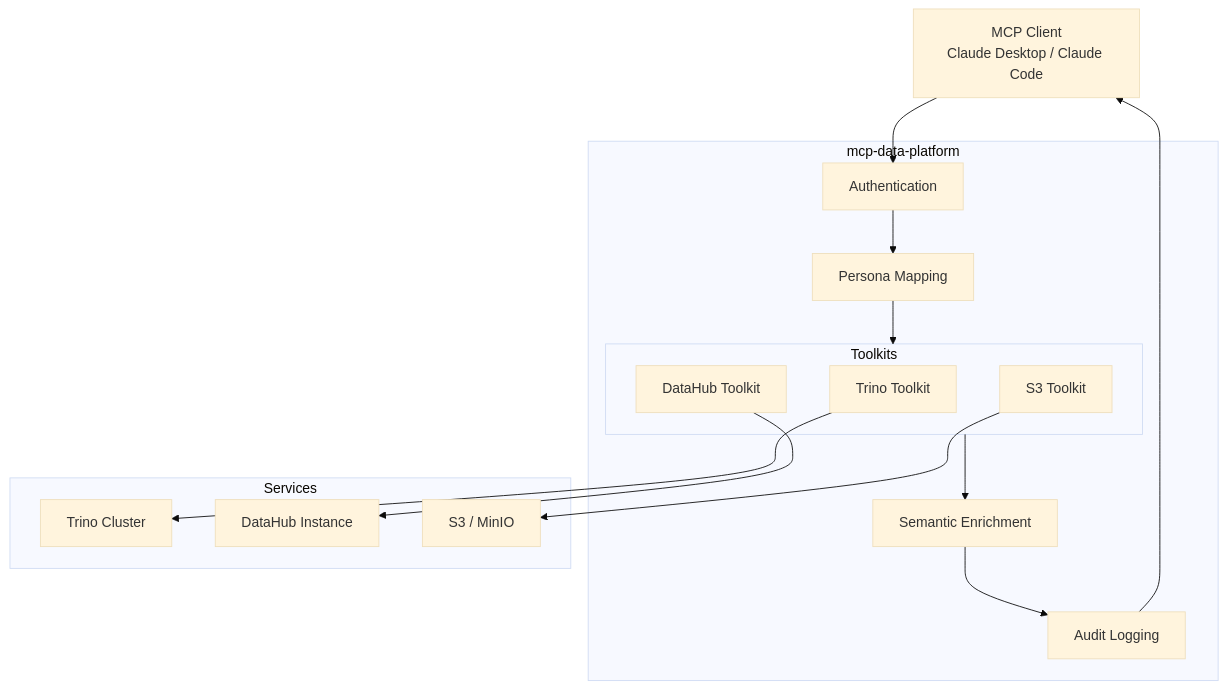
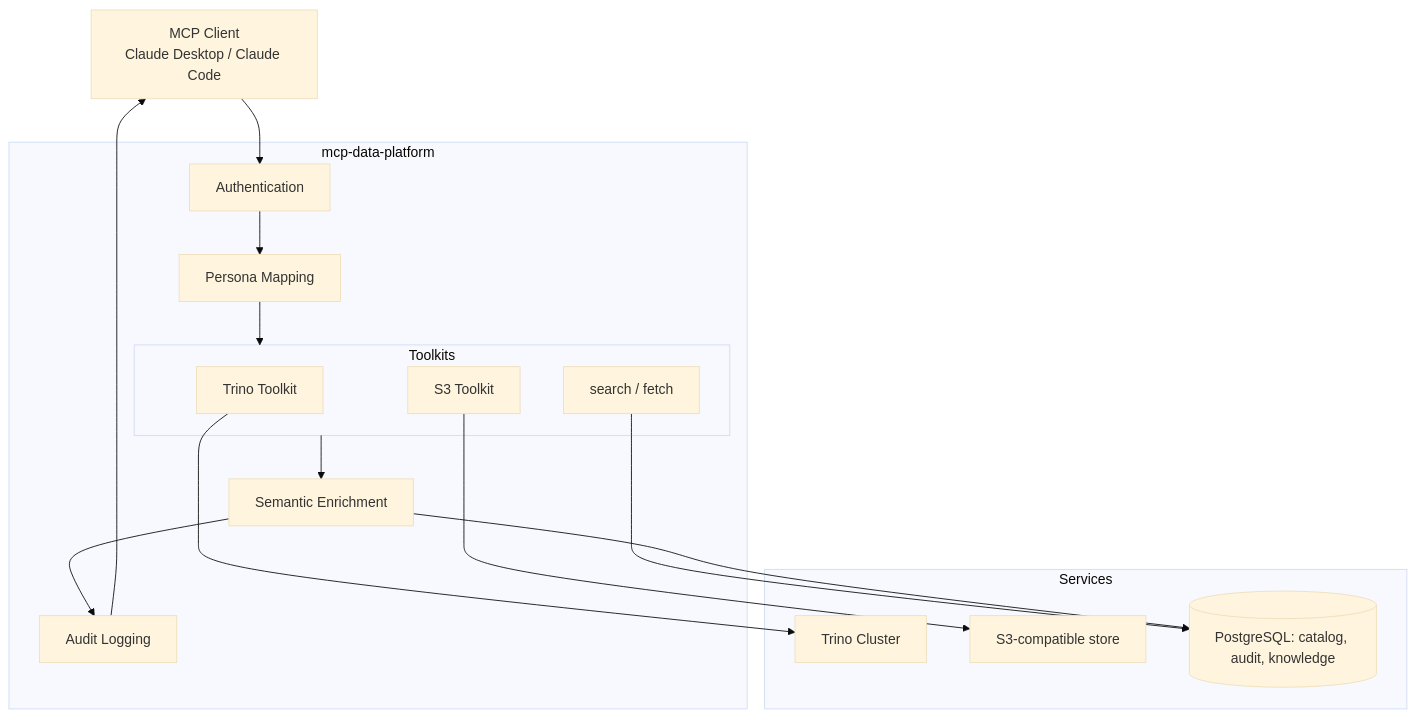
Before and after one commit to txn2/mcp-data-platform: the diagram in docs/server/overview.md, drawn with Mermaid (base theme). The commit also changed other lines of this file and 746 other files, not shown here.

First line of the commit message:
feat(catalog): portal catalog, search/fetch reads, DataHub removed (#1916) (#2123)

````diff
--- a/docs/server/overview.md
+++ b/docs/server/overview.md
@@ -23,35 +23,36 @@
 ```mermaid
 graph TB
     Client[MCP Client<br/>Claude Desktop / Claude Code]
 
     subgraph Platform[mcp-data-platform]
         Auth[Authentication]
         Persona[Persona Mapping]
 
         subgraph Toolkits
             Trino[Trino Toolkit]
-            DataHub[DataHub Toolkit]
             S3[S3 Toolkit]
+            Knowledge[search / fetch]
         end
 
         Enrichment[Semantic Enrichment]
         Audit[Audit Logging]
     end
 
     subgraph Services
         TrinoSvc[Trino Cluster]
-        DataHubSvc[DataHub Instance]
-        S3Svc[S3 / MinIO]
+        S3Svc[S3-compatible store]
+        PG[(PostgreSQL: catalog, audit, knowledge)]
     end
 
     Client --> Auth
     Auth --> Persona
     Persona --> Toolkits
     Toolkits --> Enrichment
     Enrichment --> Audit
     Audit --> Client
 
     Trino --> TrinoSvc
-    DataHub --> DataHubSvc
     S3 --> S3Svc
+    Knowledge --> PG
+    Enrichment --> PG
 ```
````
